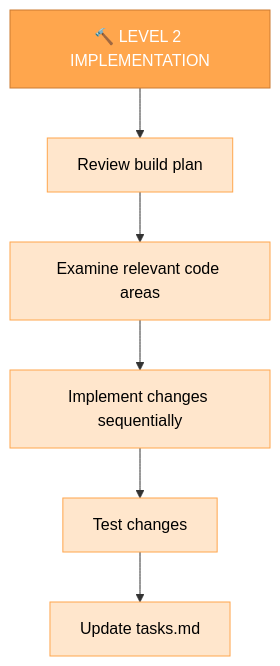
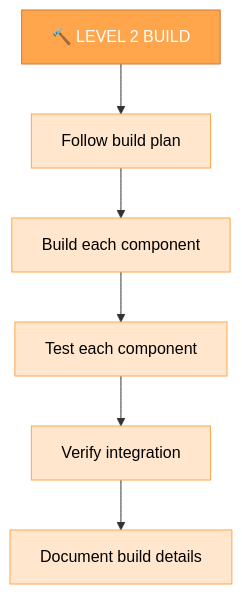
Before and after one commit to 7Spade/cursor-memory-bank: the third of 6 diagrams in .cursor/rules/isolation_rules/Modes/implement-mode-detailed.mdc, drawn with Mermaid. The commit also changed other lines of this file and 7 other files, not shown here.

````diff
--- a/.cursor/rules/isolation_rules/Modes/implement-mode-detailed.mdc
+++ b/.cursor/rules/isolation_rules/Modes/implement-mode-detailed.mdc
@@ -172,15 +166,15 @@
 ```mermaid
 graph TD
-    L2["🔨 LEVEL 2 IMPLEMENTATION"] --> Review["Review build plan"]
-    Review --> Examine["Examine relevant code areas"]
-    Examine --> Implement["Implement changes sequentially"]
-    Implement --> Test["Test changes"]
-    Test --> Update["Update tasks.md"]
+    L2["🔨 LEVEL 2 BUILD"] --> Plan["Follow build plan"]
+    Plan --> Components["Build each component"]
+    Components --> Test["Test each component"]
+    Test --> Integration["Verify integration"]
+    Integration --> Doc["Document build details"]
     
     style L2 fill:#ffa64d,stroke:#cc7a30,color:white
-    style Review fill:#ffe6cc,stroke:#ffa64d,color:black
-    style Examine fill:#ffe6cc,stroke:#ffa64d,color:black
-    style Implement fill:#ffe6cc,stroke:#ffa64d,color:black
+    style Plan fill:#ffe6cc,stroke:#ffa64d,color:black
+    style Components fill:#ffe6cc,stroke:#ffa64d,color:black
     style Test fill:#ffe6cc,stroke:#ffa64d,color:black
-    style Update fill:#ffe6cc,stroke:#ffa64d,color:black
+    style Integration fill:#ffe6cc,stroke:#ffa64d,color:black
+    style Doc fill:#ffe6cc,stroke:#ffa64d,color:black
 ```
````
